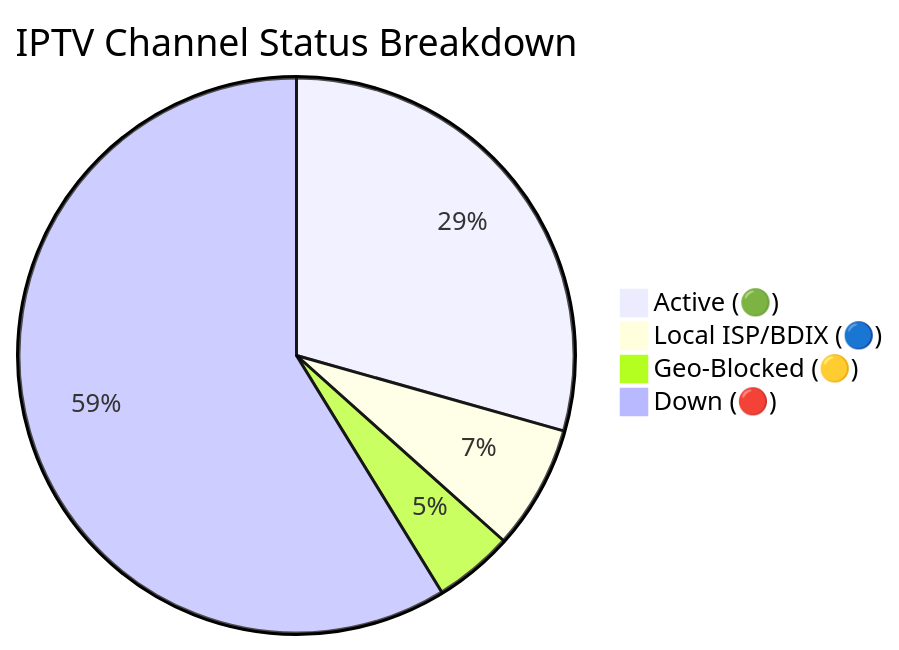
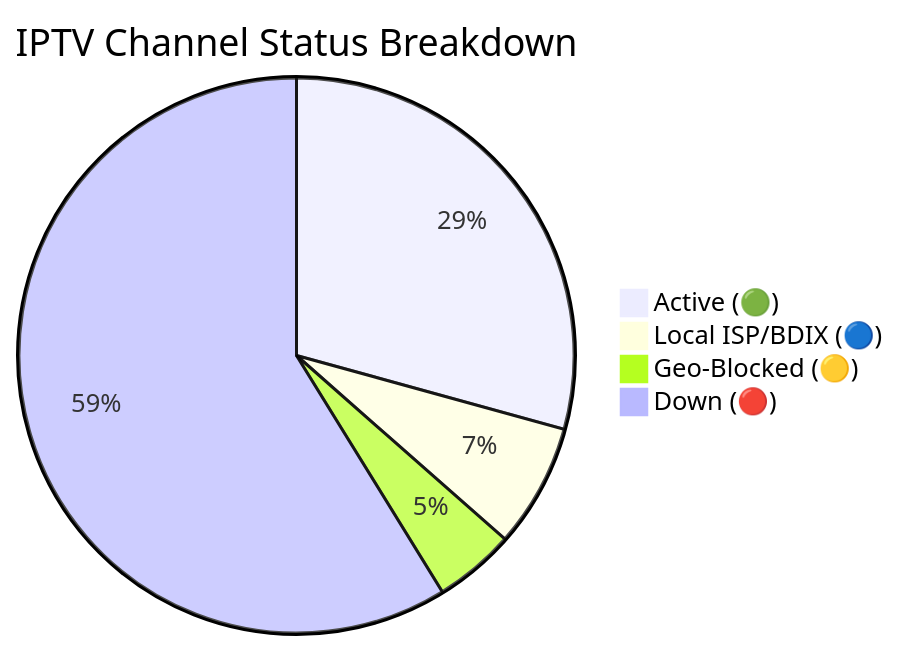
One commit to Zaman-Topu/Ip-tv-Collection changed the diagram in README.md. Above: the diagram before and after it, drawn with Mermaid. The commit also changed other lines of this file and 6 other files, not shown here.

````diff
--- a/README.md
+++ b/README.md
@@ -149,7 +149,7 @@
 ```mermaid
 pie title IPTV Channel Status Breakdown
-    "Active (🟢)" : 11041
-    "Local ISP/BDIX (🔵)" : 2718
-    "Geo-Blocked (🟡)" : 1738
-    "Down (🔴)" : 22082
+    "Active (🟢)" : 10995
+    "Local ISP/BDIX (🔵)" : 2709
+    "Geo-Blocked (🟡)" : 1768
+    "Down (🔴)" : 22081
 ```
````
